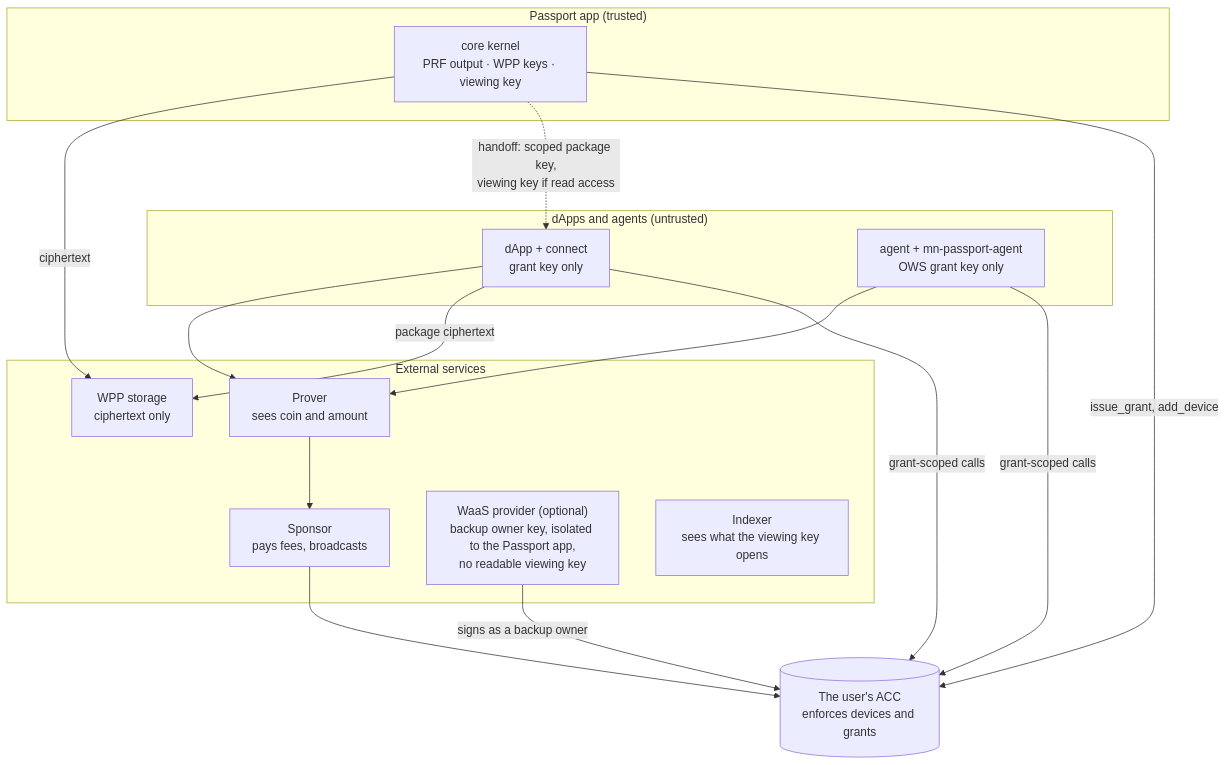
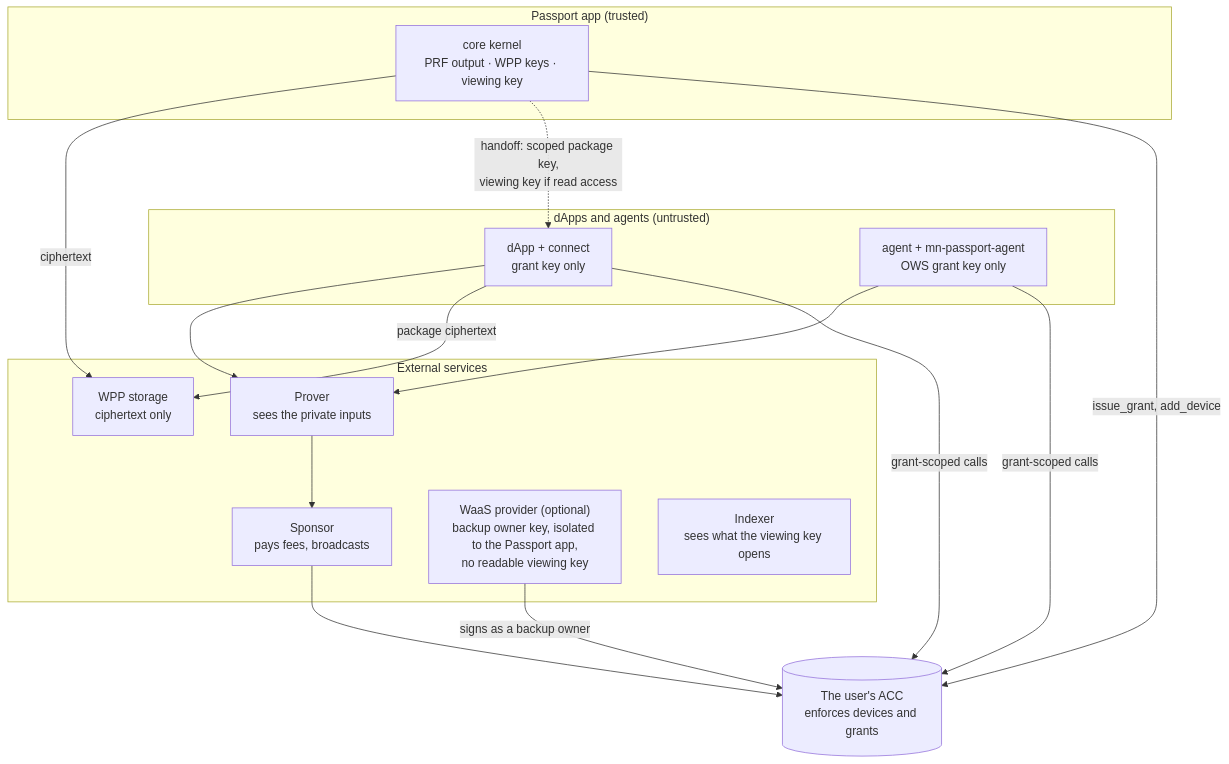
One commit to midnightntwrk/midnight-passport-sdk changed the diagram in docs/architecture.md. Above: the diagram before and after it, drawn with Mermaid. The commit also changed other lines of this file and 2 other files, not shown here.

First line of the commit message:
docs: protect the WaaS backup metadata and widen the prover disclosure

````diff
--- a/docs/architecture.md
+++ b/docs/architecture.md
@@ -278,30 +281,30 @@
 ```mermaid
 flowchart TB
   subgraph APP["Passport app (trusted)"]
     KERNEL["core kernel<br/>PRF output · WPP keys · viewing key"]
   end
   subgraph CLIENTS["dApps and agents (untrusted)"]
     DAPP["dApp + connect<br/>grant key only"]
     AGENT["agent + mn-passport-agent<br/>OWS grant key only"]
   end
   subgraph EXT["External services"]
-    PROVER["Prover<br/>sees coin and amount"]
+    PROVER["Prover<br/>sees the private inputs"]
     SPONSOR["Sponsor<br/>pays fees, broadcasts"]
     WAAS["WaaS provider (optional)<br/>backup owner key, isolated to the Passport app,<br/>no readable viewing key"]
     WPP["WPP storage<br/>ciphertext only"]
     IDX["Indexer<br/>sees what the viewing key opens"]
   end
   ACC[("The user's ACC<br/>enforces devices and grants")]
 
   KERNEL -->|"issue_grant, add_device"| ACC
   KERNEL -.->|"handoff: scoped package key,<br/>viewing key if read access"| DAPP
   KERNEL -->|"ciphertext"| WPP
   DAPP -->|"grant-scoped calls"| ACC
   AGENT -->|"grant-scoped calls"| ACC
   DAPP -->|"package ciphertext"| WPP
   DAPP --> PROVER
   AGENT --> PROVER
   PROVER --> SPONSOR
   SPONSOR --> ACC
   WAAS -->|"signs as a backup owner"| ACC
 ```
````
